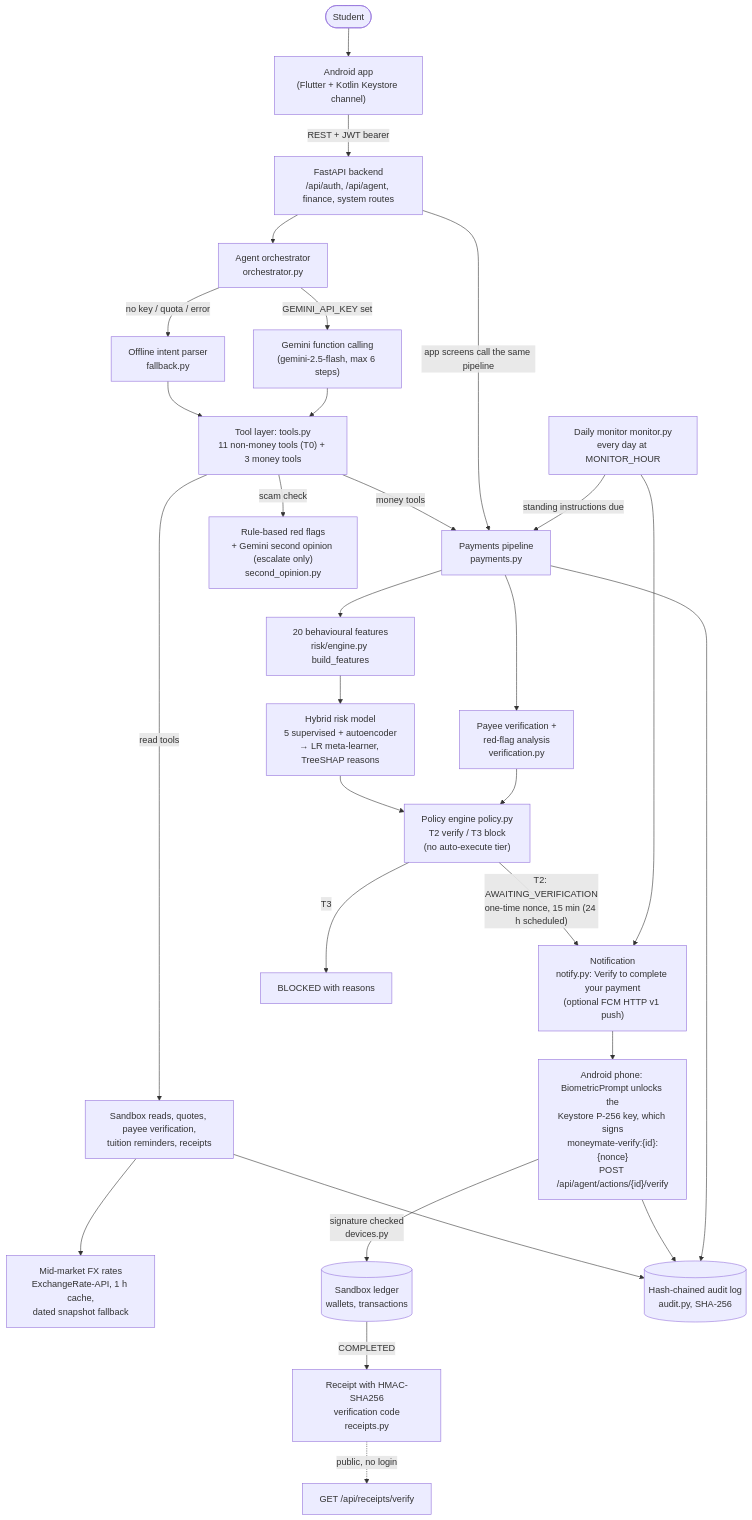
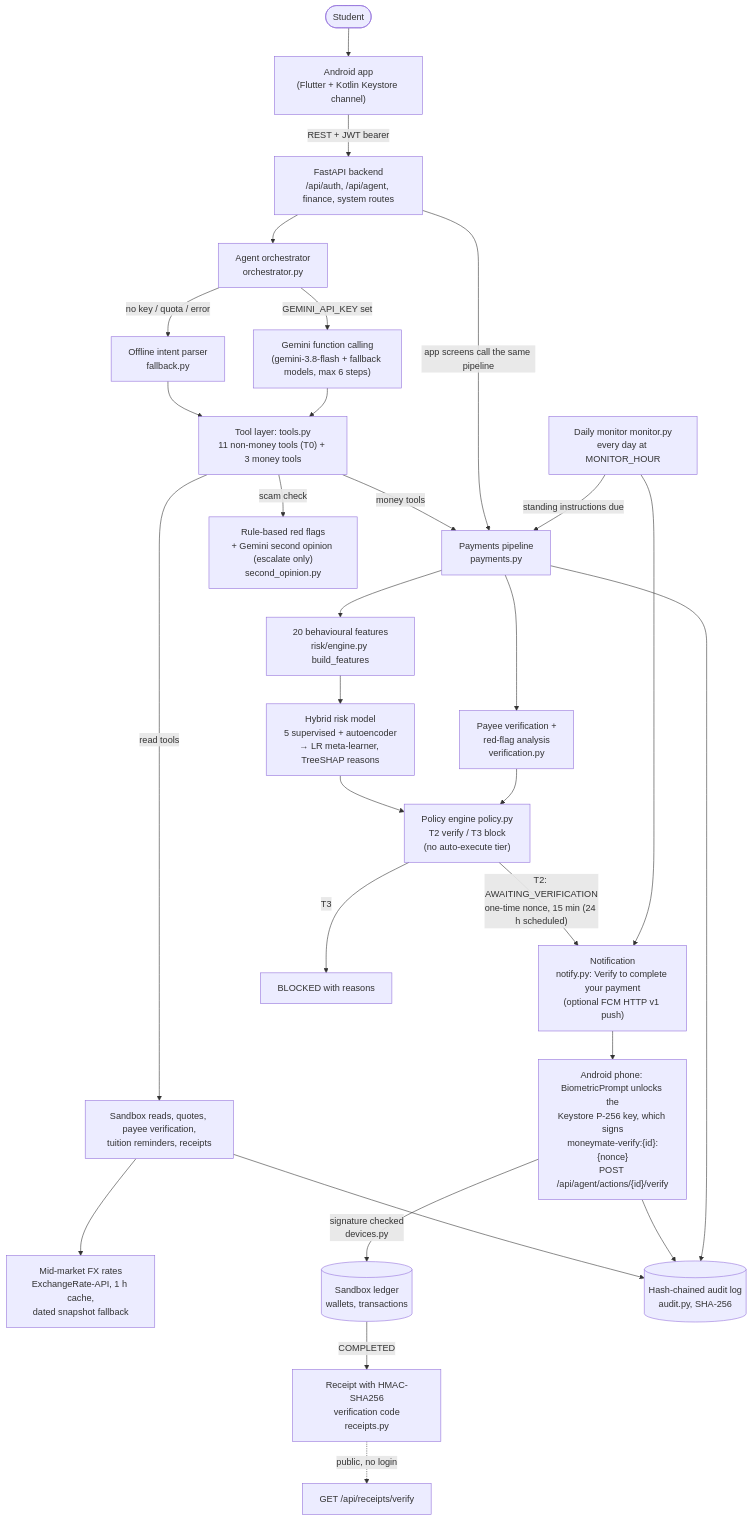
Before and after one commit to Kiyas-Mahmud/MoneyMate-Agent: the diagram in docs/TECHNICAL_DOCUMENTATION.md, drawn with Mermaid. The commit also changed other lines of this file and 9 other files, not shown here.

First line of the commit message:
Gemini: current models with a fallback chain; fix comma read as an amount

````diff
--- a/docs/TECHNICAL_DOCUMENTATION.md
+++ b/docs/TECHNICAL_DOCUMENTATION.md
@@ -49,36 +49,36 @@
 ```mermaid
 flowchart TD
     S([Student]) --> UI["Android app<br/>(Flutter + Kotlin Keystore channel)"]
     UI -- "REST + JWT bearer" --> API["FastAPI backend<br/>/api/auth, /api/agent, finance, system routes"]
 
     API --> ORCH["Agent orchestrator<br/>orchestrator.py"]
-    ORCH -- "GEMINI_API_KEY set" --> GEM["Gemini function calling<br/>(gemini-2.5-flash, max 6 steps)"]
+    ORCH -- "GEMINI_API_KEY set" --> GEM["Gemini function calling<br/>(gemini-3.8-flash + fallback models, max 6 steps)"]
     ORCH -- "no key / quota / error" --> FB["Offline intent parser<br/>fallback.py"]
     GEM --> TOOLS["Tool layer: tools.py<br/>11 non-money tools (T0) + 3 money tools"]
     FB --> TOOLS
     MON["Daily monitor monitor.py<br/>every day at MONITOR_HOUR"] -- "standing instructions due" --> PAY
     MON --> NOTE
 
     API -- "app screens call the same pipeline" --> PAY
     TOOLS -- "read tools" --> READ["Sandbox reads, quotes, payee verification,<br/>tuition reminders, receipts"]
     TOOLS -- "scam check" --> SC["Rule-based red flags<br/>+ Gemini second opinion (escalate only)<br/>second_opinion.py"]
     READ --> FX["Mid-market FX rates<br/>ExchangeRate-API, 1 h cache,<br/>dated snapshot fallback"]
     TOOLS -- "money tools" --> PAY["Payments pipeline<br/>payments.py"]
 
     PAY --> VER["Payee verification +<br/>red-flag analysis<br/>verification.py"]
     PAY --> FEAT["20 behavioural features<br/>risk/engine.py build_features"]
     FEAT --> RISK["Hybrid risk model<br/>5 supervised + autoencoder<br/>→ LR meta-learner, TreeSHAP reasons"]
     VER --> POL
     RISK --> POL["Policy engine policy.py<br/>T2 verify / T3 block<br/>(no auto-execute tier)"]
 
     POL -- "T2: AWAITING_VERIFICATION<br/>one-time nonce, 15 min (24 h scheduled)" --> NOTE["Notification<br/>notify.py: Verify to complete your payment<br/>(optional FCM HTTP v1 push)"]
     NOTE --> CONF["Android phone: BiometricPrompt unlocks the<br/>Keystore P-256 key, which signs<br/>moneymate-verify:{id}:{nonce}<br/>POST /api/agent/actions/{id}/verify"]
     CONF -- "signature checked<br/>devices.py" --> LEDGER[("Sandbox ledger<br/>wallets, transactions")]
     POL -- "T3" --> BLK["BLOCKED with reasons"]
     LEDGER -- "COMPLETED" --> RCPT["Receipt with HMAC-SHA256<br/>verification code<br/>receipts.py"]
     RCPT -. "public, no login" .-> VERIFY["GET /api/receipts/verify"]
 
     PAY --> AUD[("Hash-chained audit log<br/>audit.py, SHA-256")]
     CONF --> AUD
     READ --> AUD
 ```
````
